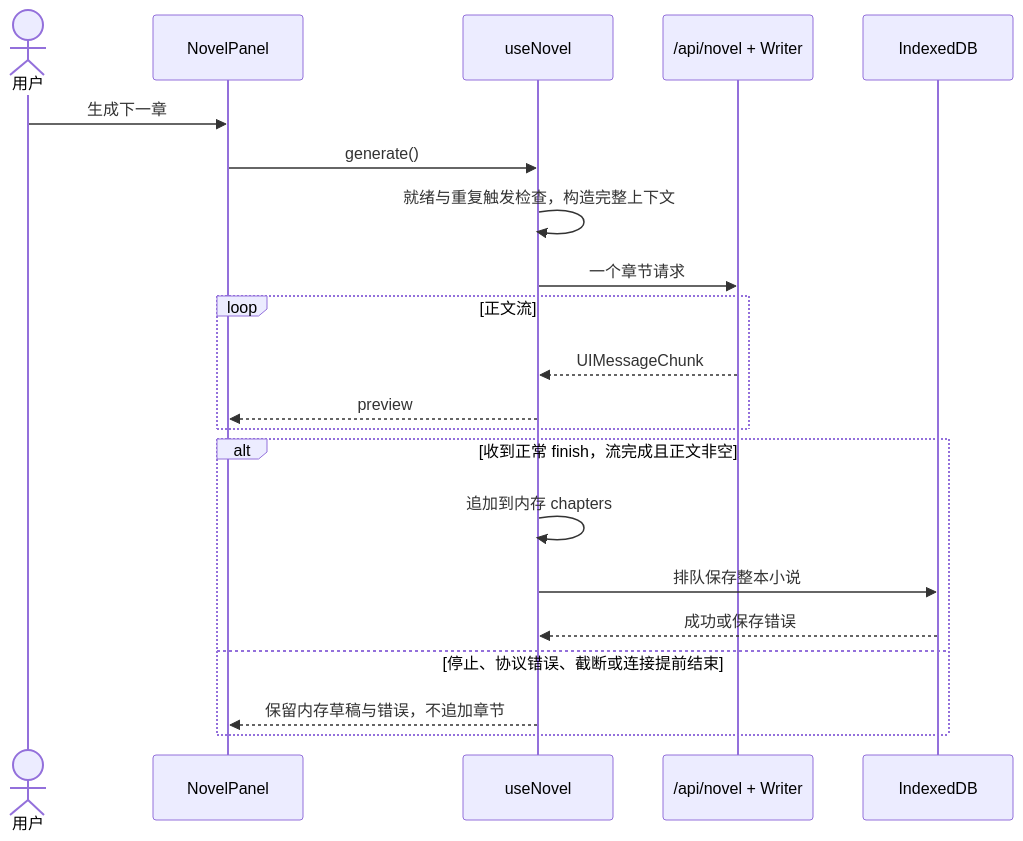
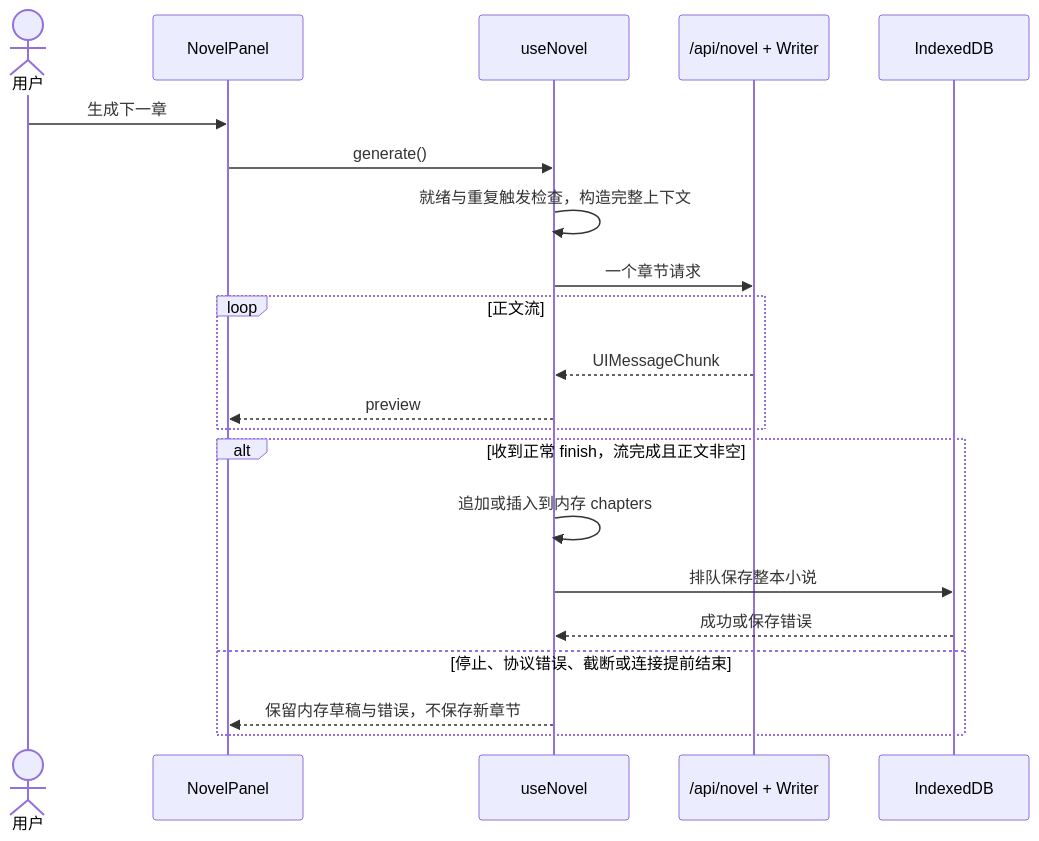
Before and after one commit to marvin-season/landing-page: the second of 2 diagrams in docs/novel-mode.md, drawn with Mermaid. The commit also changed other lines of this file and 5 other files, not shown here.

````diff
--- a/docs/novel-mode.md
+++ b/docs/novel-mode.md
@@ -127,23 +131,23 @@
 ```mermaid
 sequenceDiagram
   actor User as 用户
   participant UI as NovelPanel
   participant Hook as useNovel
   participant API as /api/novel + Writer
   participant DB as IndexedDB
   User->>UI: 生成下一章
   UI->>Hook: generate()
   Hook->>Hook: 就绪与重复触发检查，构造完整上下文
   Hook->>API: 一个章节请求
   loop 正文流
     API-->>Hook: UIMessageChunk
     Hook-->>UI: preview
   end
   alt 收到正常 finish，流完成且正文非空
-    Hook->>Hook: 追加到内存 chapters
+    Hook->>Hook: 追加或插入到内存 chapters
     Hook->>DB: 排队保存整本小说
     DB-->>Hook: 成功或保存错误
   else 停止、协议错误、截断或连接提前结束
-    Hook-->>UI: 保留内存草稿与错误，不追加章节
+    Hook-->>UI: 保留内存草稿与错误，不保存新章节
   end
 ```
````
